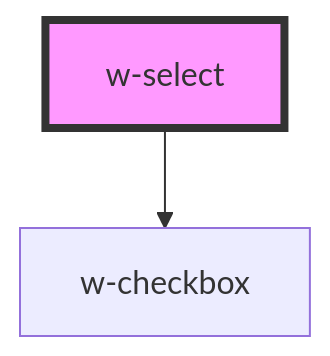
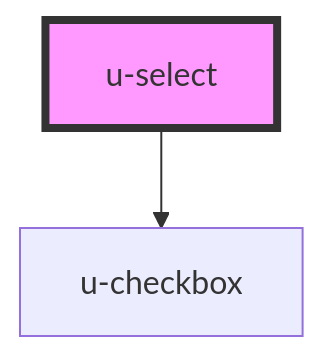
Before and after one commit to theUrbans/uniform: the diagram in src/components/u-select/readme.md, drawn with Mermaid. The commit also changed other lines of this file and 13 other files, not shown here.

````diff
--- a/src/components/u-select/readme.md
+++ b/src/components/u-select/readme.md
@@ -76,5 +76,5 @@
 ```mermaid
 graph TD;
-  w-select --> w-checkbox
-  style w-select fill:#f9f,stroke:#333,stroke-width:4px
+  u-select --> u-checkbox
+  style u-select fill:#f9f,stroke:#333,stroke-width:4px
 ```
````
